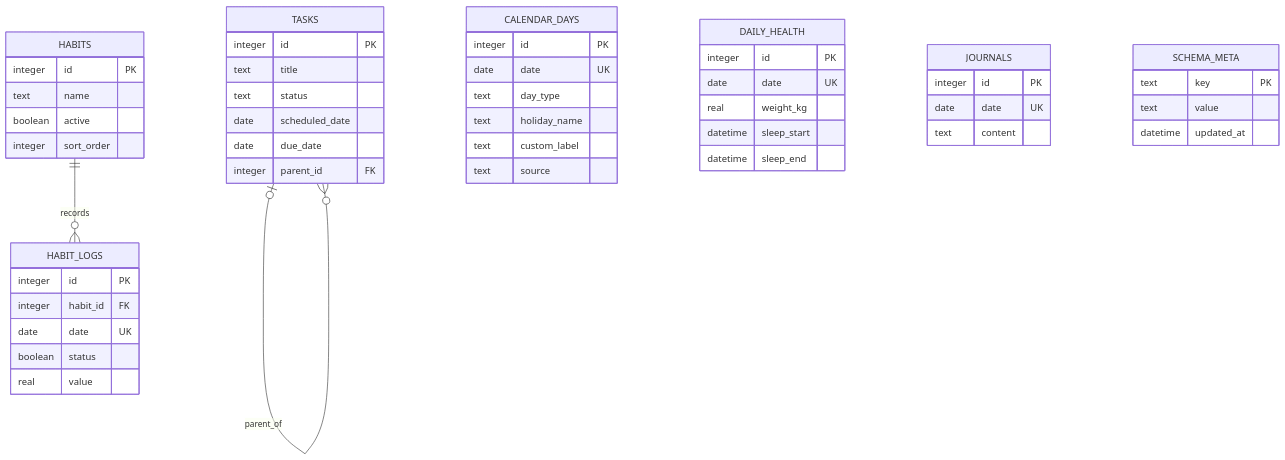
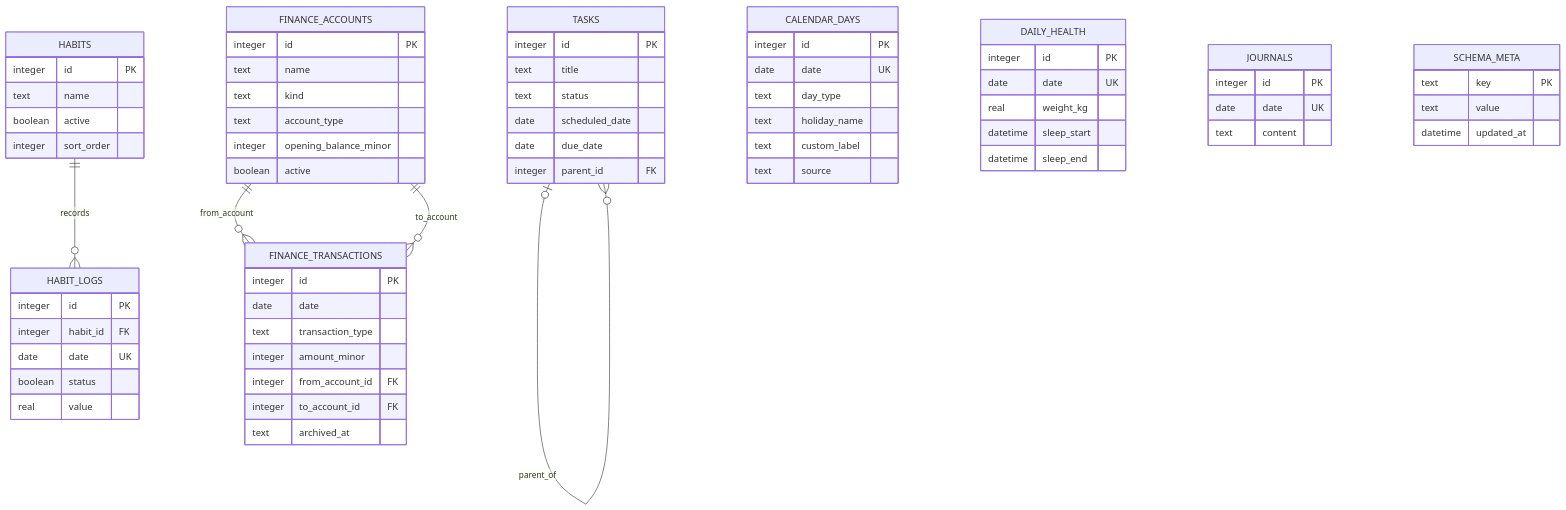
The diagram in 数据库模型.md (linfeng0tingyu/life-os), drawn with Mermaid before and after one commit. The commit also changed other lines of this file and 43 other files, not shown here.

````diff
--- a/数据库模型.md
+++ b/数据库模型.md
@@ -23,53 +23,72 @@
 ```mermaid
 erDiagram
     HABITS ||--o{ HABIT_LOGS : records
     TASKS o|--o{ TASKS : parent_of
+    FINANCE_ACCOUNTS ||--o{ FINANCE_TRANSACTIONS : from_account
+    FINANCE_ACCOUNTS ||--o{ FINANCE_TRANSACTIONS : to_account
 
     CALENDAR_DAYS {
         integer id PK
         date date UK
         text day_type
         text holiday_name
         text custom_label
         text source
     }
 
     HABITS {
         integer id PK
         text name
         boolean active
         integer sort_order
     }
     HABIT_LOGS {
         integer id PK
         integer habit_id FK
         date date UK
         boolean status
         real value
     }
     TASKS {
         integer id PK
         text title
         text status
         date scheduled_date
         date due_date
         integer parent_id FK
     }
     DAILY_HEALTH {
         integer id PK
         date date UK
         real weight_kg
         datetime sleep_start
         datetime sleep_end
     }
     JOURNALS {
         integer id PK
         date date UK
         text content
     }
+    FINANCE_ACCOUNTS {
+        integer id PK
+        text name
+        text kind
+        text account_type
+        integer opening_balance_minor
+        boolean active
+    }
+    FINANCE_TRANSACTIONS {
+        integer id PK
+        date date
+        text transaction_type
+        integer amount_minor
+        integer from_account_id FK
+        integer to_account_id FK
+        text archived_at
+    }
     SCHEMA_META {
         text key PK
         text value
         datetime updated_at
     }
 ```
````
